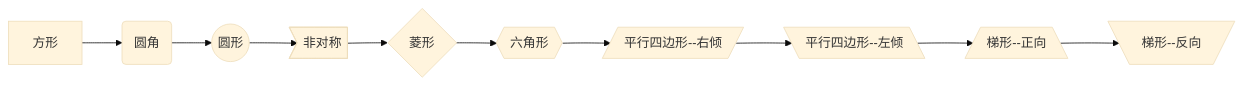
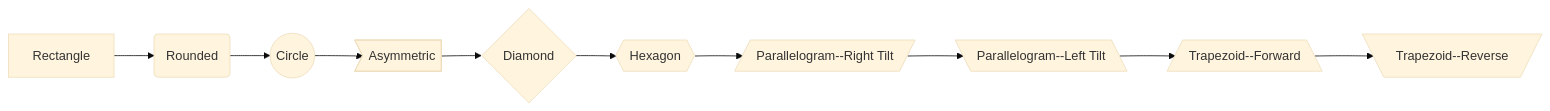
One commit to dcloudio/hbuilderx-extension-docs changed the first of 7 diagrams in en/Tutorial/Language/markdown.md. Above: the diagram before and after it, drawn with Mermaid (base theme). The commit also changed other lines of this file and 50 other files, not shown here.

````diff
--- a/en/Tutorial/Language/markdown.md
+++ b/en/Tutorial/Language/markdown.md
@@ -132,4 +132,4 @@
 ```mermaid
 graph LR
-    1[方形] --> 2(圆角) --> 3((圆形)) --> 4>非对称] --> 5{菱形} --> 6{{六角形}} --> 7[/平行四边形--右倾/] --> 8[\平行四边形--左倾\] --> 9[/梯形--正向\]  --> 10[\梯形--反向/]
+    1[Rectangle] --> 2(Rounded) --> 3((Circle)) --> 4>Asymmetric] --> 5{Diamond} --> 6{{Hexagon}} --> 7[/Parallelogram--Right Tilt/] --> 8[\Parallelogram--Left Tilt\] --> 9[/Trapezoid--Forward\]  --> 10[\Trapezoid--Reverse/]
 ```
````
